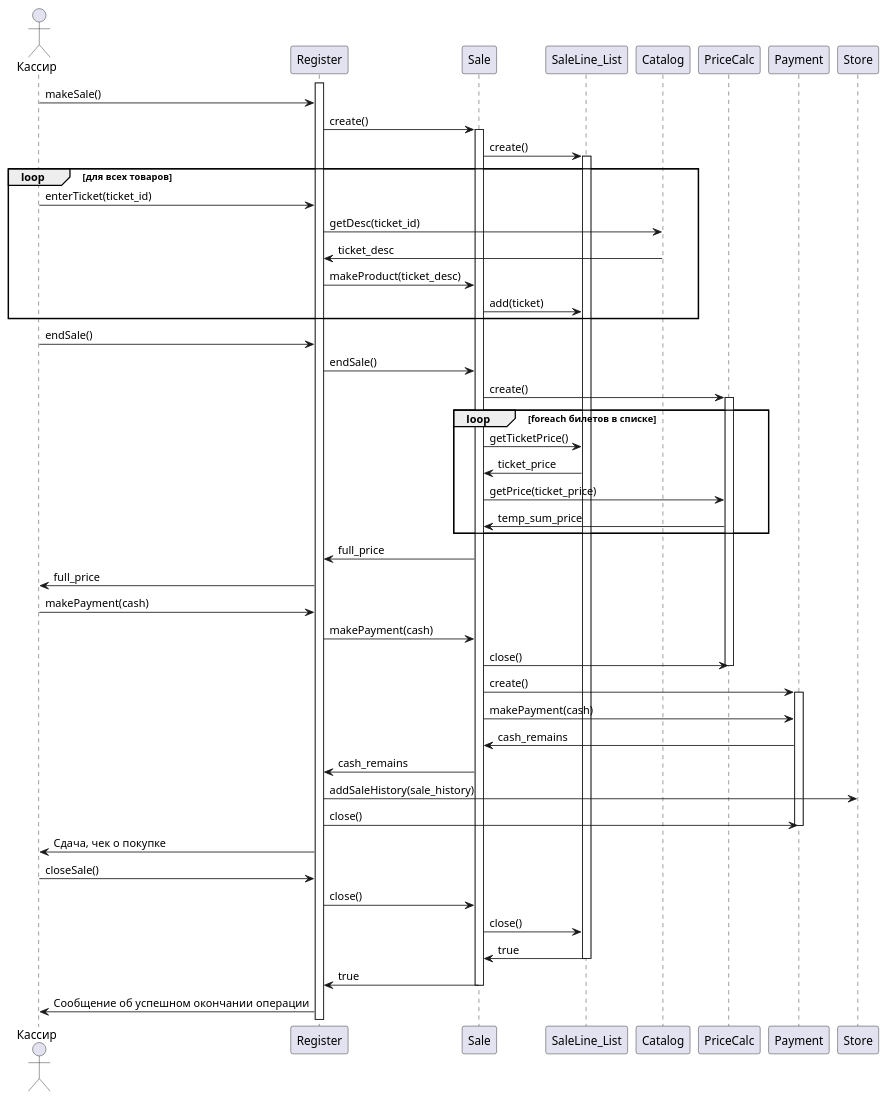
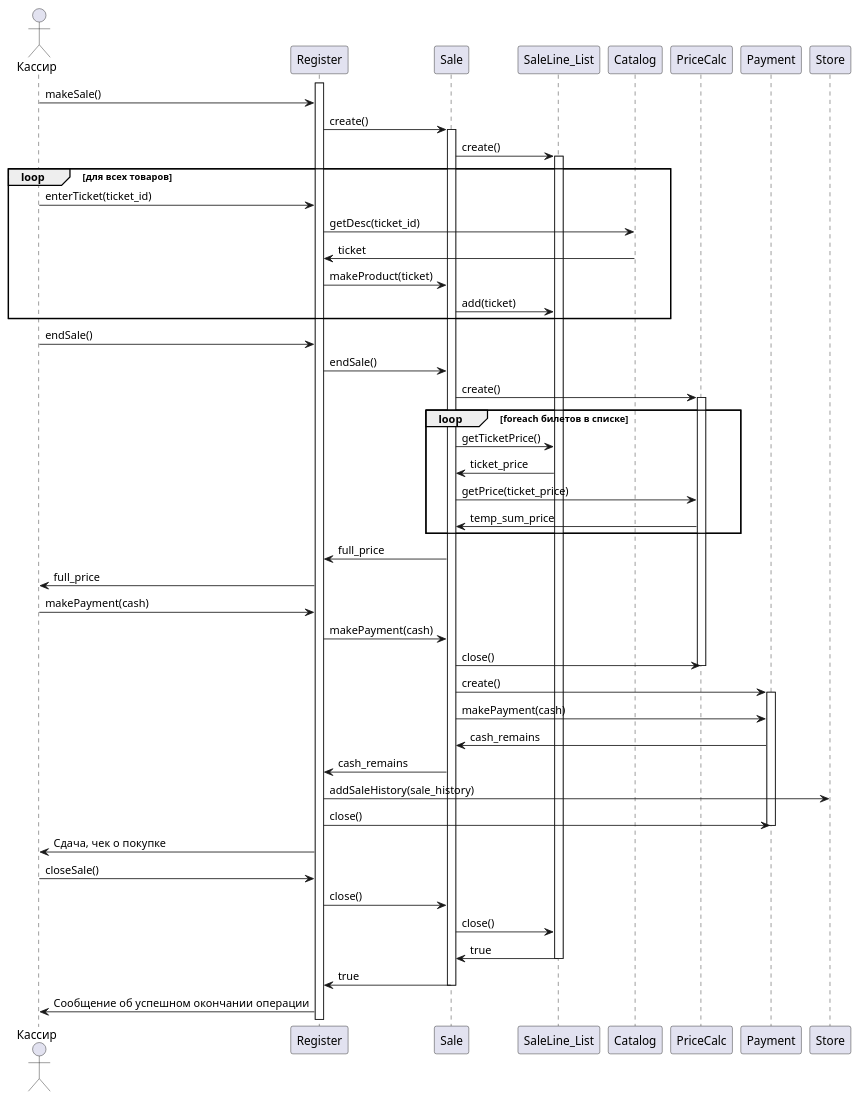
The diagram in Прецеденты/Диаграмма последовательности Оформление продажи.md (penamarth/bsbo-03-23_team4_var10_football), drawn with PlantUML before and after one commit.

Commit message:
Фикс диаграммы Оформелние продажи

````diff
--- a/Прецеденты/Диаграмма последовательности Оформление продажи.md
+++ b/Прецеденты/Диаграмма последовательности Оформление продажи.md
@@ -1,71 +1,71 @@
 ```plantuml
 @startuml
 
 actor Кассир
 
 activate Register
 
 Кассир -> Register : makeSale()
 
 Register -> Sale : create()
 
 activate Sale
 Sale -> SaleLine_List : create()
 
 activate SaleLine_List
 
 loop для всех товаров
 Кассир -> Register : enterTicket(ticket_id)
 Register -> Catalog : getDesc(ticket_id)
-Register <- Catalog : ticket_desc
-Register -> Sale : makeProduct(ticket_desc)
+Register <- Catalog : ticket
+Register -> Sale : makeProduct(ticket)
 Sale -> SaleLine_List : add(ticket)
 end
 
 Кассир -> Register : endSale()
 Register -> Sale : endSale()
 
 Sale -> PriceCalc : create()
 activate PriceCalc
 
 loop foreach билетов в списке
 Sale -> SaleLine_List : getTicketPrice()
 Sale <- SaleLine_List : ticket_price
 Sale -> PriceCalc : getPrice(ticket_price)
 Sale <- PriceCalc : temp_sum_price
 end
 
 Register <- Sale : full_price
 Кассир <- Register : full_price
 Кассир -> Register : makePayment(cash)
 Register -> Sale : makePayment(cash)
 
 Sale -> PriceCalc : close()
 deactivate PriceCalc
 
 Sale -> Payment : create()
 activate Payment
 
 Sale -> Payment : makePayment(cash)
 Sale <- Payment : cash_remains
 
 
 Register <- Sale : cash_remains
 Register -> Store : addSaleHistory(sale_history)
 Register -> Payment : close()
 deactivate Payment
 
 Кассир <- Register : Сдача, чек о покупке
 
 Кассир -> Register : closeSale()
 Register -> Sale : close()
 Sale -> SaleLine_List : close()
 
 Sale <- SaleLine_List : true
 deactivate SaleLine_List
 Register <- Sale : true
 deactivate Sale
 Кассир <- Register : Сообщение об успешном окончании операции
 
 @enduml
 ```
````
